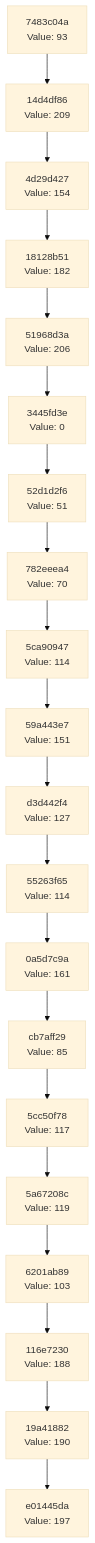
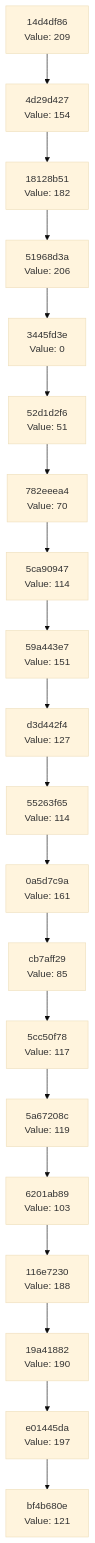
Before and after one commit to Abhisheksinha1506/hash-chain-evolver: the diagram in docs/CHAIN_VISUALIZATION.md, drawn with Mermaid (base theme). The commit also changed 2 other files, not shown here.

Commit message:
Evolution step: hash 0x79 → action executed

````diff
--- a/docs/CHAIN_VISUALIZATION.md
+++ b/docs/CHAIN_VISUALIZATION.md
@@ -3,42 +3,42 @@
 ```mermaid
 graph TD
-    C0["e01445da<br/>Value: 197"]
-    C1["19a41882<br/>Value: 190"]
+    C0["bf4b680e<br/>Value: 121"]
+    C1["e01445da<br/>Value: 197"]
     C1 --> C0
-    C2["116e7230<br/>Value: 188"]
+    C2["19a41882<br/>Value: 190"]
     C2 --> C1
-    C3["6201ab89<br/>Value: 103"]
+    C3["116e7230<br/>Value: 188"]
     C3 --> C2
-    C4["5a67208c<br/>Value: 119"]
+    C4["6201ab89<br/>Value: 103"]
     C4 --> C3
-    C5["5cc50f78<br/>Value: 117"]
+    C5["5a67208c<br/>Value: 119"]
     C5 --> C4
-    C6["cb7aff29<br/>Value: 85"]
+    C6["5cc50f78<br/>Value: 117"]
     C6 --> C5
-    C7["0a5d7c9a<br/>Value: 161"]
+    C7["cb7aff29<br/>Value: 85"]
     C7 --> C6
-    C8["55263f65<br/>Value: 114"]
+    C8["0a5d7c9a<br/>Value: 161"]
     C8 --> C7
-    C9["d3d442f4<br/>Value: 127"]
+    C9["55263f65<br/>Value: 114"]
     C9 --> C8
-    C10["59a443e7<br/>Value: 151"]
+    C10["d3d442f4<br/>Value: 127"]
     C10 --> C9
-    C11["5ca90947<br/>Value: 114"]
+    C11["59a443e7<br/>Value: 151"]
     C11 --> C10
-    C12["782eeea4<br/>Value: 70"]
+    C12["5ca90947<br/>Value: 114"]
     C12 --> C11
-    C13["52d1d2f6<br/>Value: 51"]
+    C13["782eeea4<br/>Value: 70"]
     C13 --> C12
-    C14["3445fd3e<br/>Value: 0"]
+    C14["52d1d2f6<br/>Value: 51"]
     C14 --> C13
-    C15["51968d3a<br/>Value: 206"]
+    C15["3445fd3e<br/>Value: 0"]
     C15 --> C14
-    C16["18128b51<br/>Value: 182"]
+    C16["51968d3a<br/>Value: 206"]
     C16 --> C15
-    C17["4d29d427<br/>Value: 154"]
+    C17["18128b51<br/>Value: 182"]
     C17 --> C16
-    C18["14d4df86<br/>Value: 209"]
+    C18["4d29d427<br/>Value: 154"]
     C18 --> C17
-    C19["7483c04a<br/>Value: 93"]
+    C19["14d4df86<br/>Value: 209"]
     C19 --> C18
 ```
````
